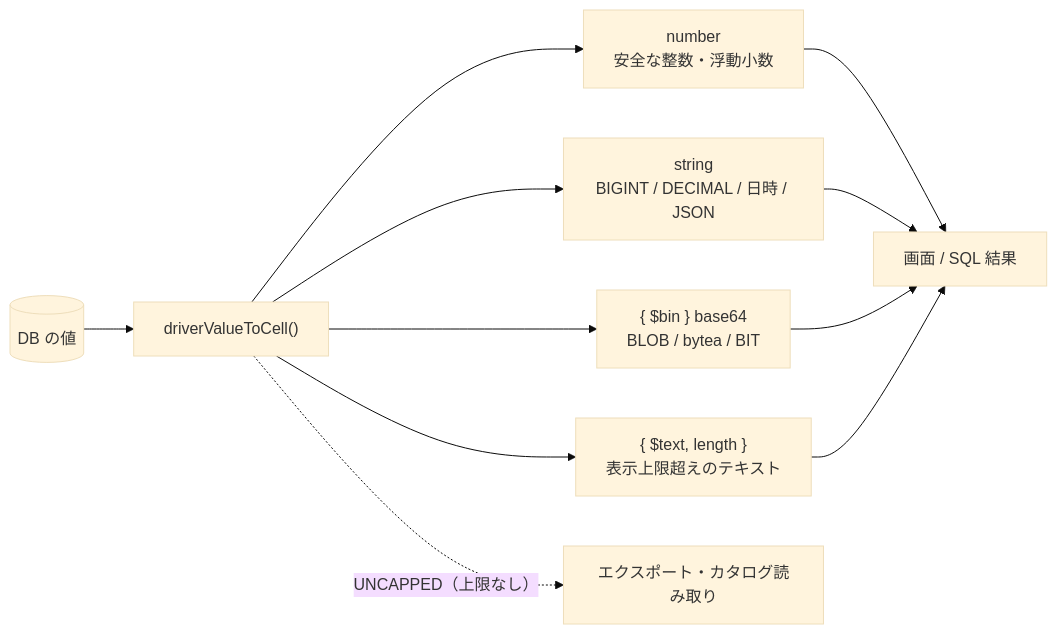
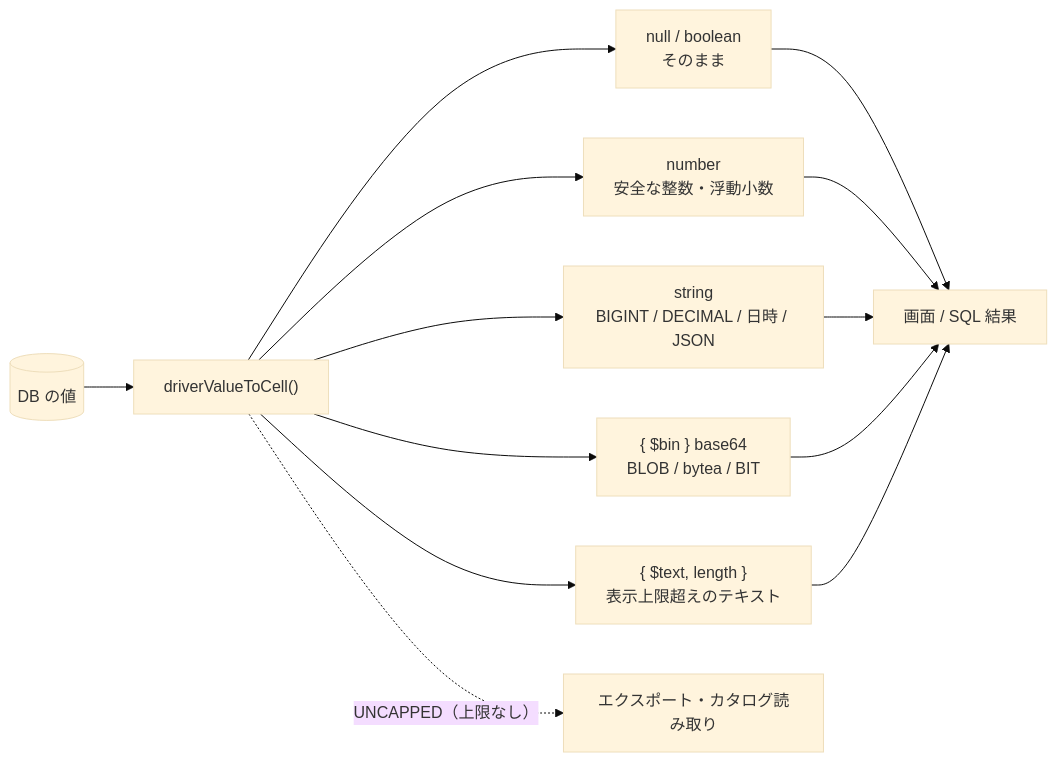
One commit to ip-san/tsmyadmin changed the fourth of 11 diagrams in docs/architecture.md. Above: the diagram before and after it, drawn with Mermaid (base theme). The commit also changed other lines of this file and 9 other files, not shown here.

````diff
--- a/docs/architecture.md
+++ b/docs/architecture.md
@@ -103,10 +125,11 @@
 ```mermaid
 flowchart LR
   db[("DB の値")] --> conv["driverValueToCell()"]
+  conv --> nul["null / boolean<br/>そのまま"]
   conv --> num["number<br/>安全な整数・浮動小数"]
   conv --> str["string<br/>BIGINT / DECIMAL / 日時 / JSON"]
   conv --> bin["{ $bin } base64<br/>BLOB / bytea / BIT"]
   conv --> trunc["{ $text, length }<br/>表示上限超えのテキスト"]
-  num & str & bin & trunc --> ui["画面 / SQL 結果"]
+  nul & num & str & bin & trunc --> ui["画面 / SQL 結果"]
   conv -. "UNCAPPED（上限なし）" .-> dump["エクスポート・カタログ読み取り"]
 ```
````
